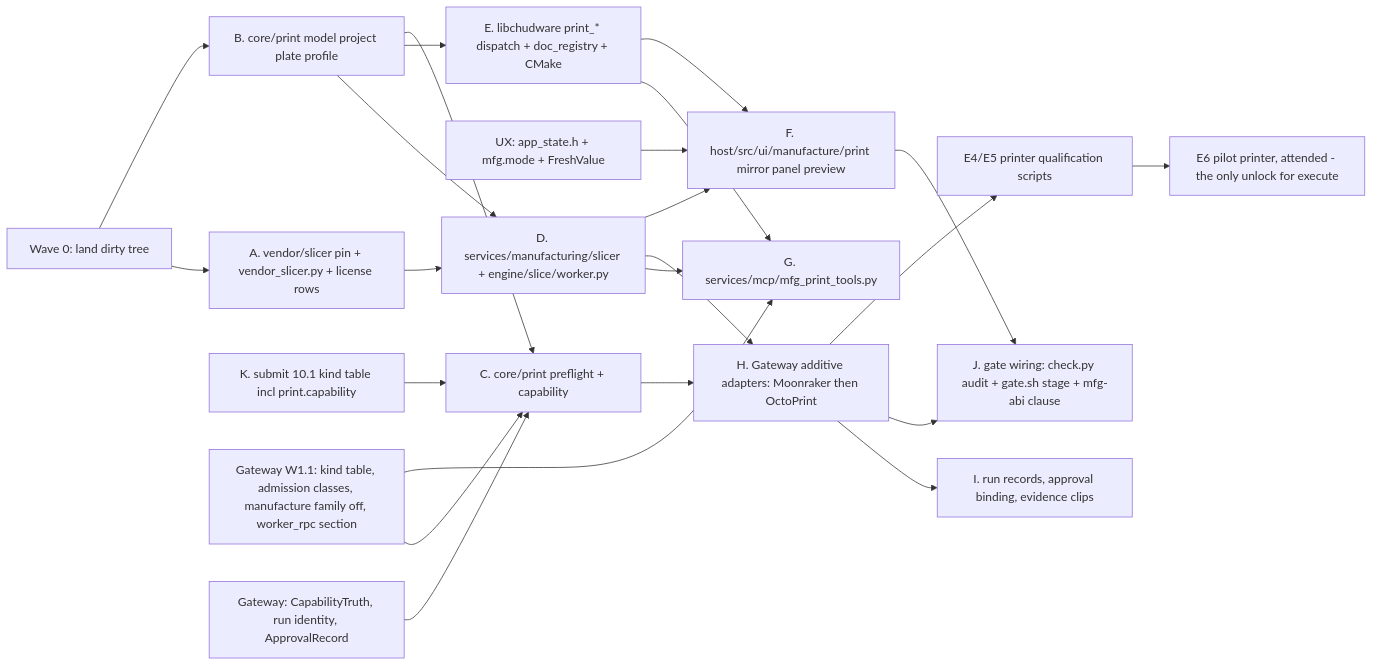
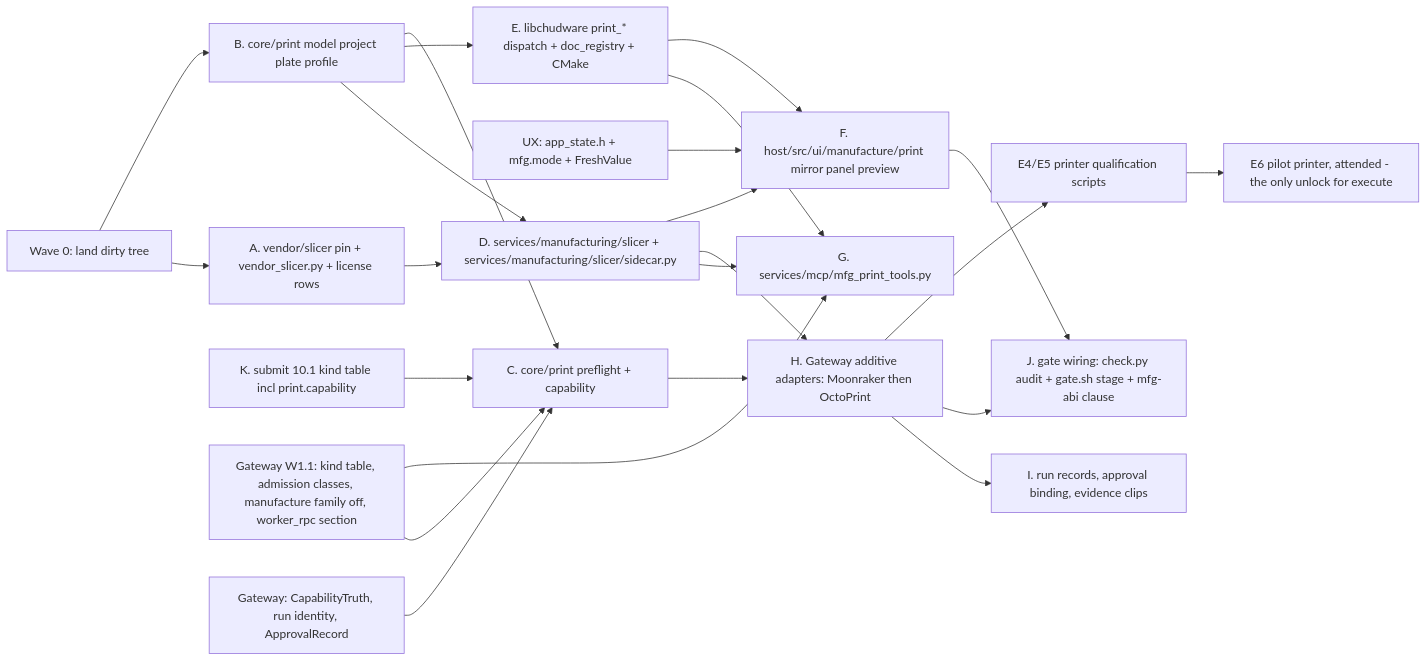
One commit to Hunter-124/Chudware changed the diagram in docs/manufacturing/13_additive.md. Above: the diagram before and after it, drawn with Mermaid. The commit also changed other lines of this file and 141 other files, not shown here.

````diff
--- a/docs/manufacturing/13_additive.md
+++ b/docs/manufacturing/13_additive.md
@@ -1344,25 +1344,25 @@
 ```mermaid
 graph LR
   W0[Wave 0: land dirty tree] --> A[A. vendor/slicer pin + vendor_slicer.py + license rows]
   W0 --> B[B. core/print model project plate profile]
   K[K. submit 10.1 kind table incl print.capability] --> C
   GW1[Gateway W1.1: kind table, admission classes, manufacture family off, worker_rpc section] --> C
   GW1 --> G
   GW[Gateway: CapabilityTruth, run identity, ApprovalRecord] --> C[C. core/print preflight + capability]
   UX[UX: app_state.h + mfg.mode + FreshValue] --> F
-  A --> D[D. services/manufacturing/slicer + engine/slice/worker.py]
+  A --> D[D. services/manufacturing/slicer + services/manufacturing/slicer/sidecar.py]
   B --> D
   B --> E[E. libchudware print_* dispatch + doc_registry + CMake]
   B --> C
   D --> G[G. services/mcp/mfg_print_tools.py]
   E --> G
   C --> H[H. Gateway additive adapters: Moonraker then OctoPrint]
   D --> H
   E --> F[F. host/src/ui/manufacture/print mirror panel preview]
   D --> F
   H --> I[I. run records, approval binding, evidence clips]
   F --> J[J. gate wiring: check.py audit + gate.sh stage + mfg-abi clause]
   H --> J
   H --> Q[E4/E5 printer qualification scripts]
   Q --> P[E6 pilot printer, attended - the only unlock for execute]
 ```
````
